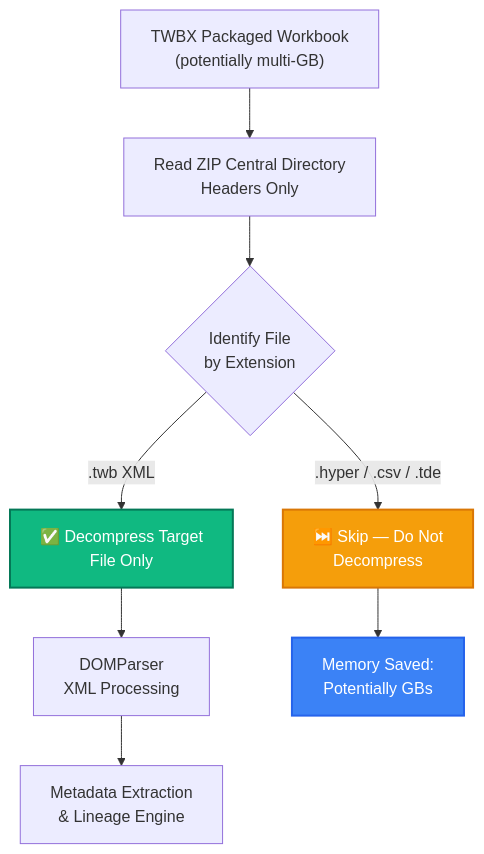
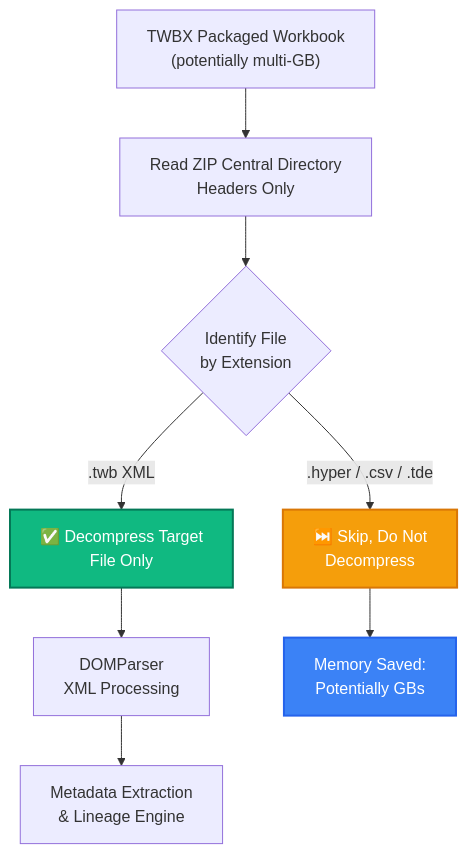
The fourth of 5 diagrams in content/insights/workbook-sentinel.md (vyankur/vyankur.github.io), drawn with Mermaid before and after one commit. The commit also changed other lines of this file and 3 other files, not shown here.

````diff
--- a/content/insights/workbook-sentinel.md
+++ b/content/insights/workbook-sentinel.md
@@ -210,13 +210,13 @@
 ```mermaid
 graph TD
     A["TWBX Packaged Workbook<br/>(potentially multi-GB)"] --> B["Read ZIP Central Directory<br/>Headers Only"]
     B --> C{"Identify File<br/>by Extension"}
-    C -- ".hyper / .csv / .tde" --> D["⏭️ Skip — Do Not<br/>Decompress"]
+    C -- ".hyper / .csv / .tde" --> D["⏭️ Skip, Do Not<br/>Decompress"]
     C -- ".twb XML" --> E["✅ Decompress Target<br/>File Only"]
     E --> F["DOMParser<br/>XML Processing"]
     F --> G["Metadata Extraction<br/>& Lineage Engine"]
     D --> H["Memory Saved:<br/>Potentially GBs"]
     style D fill:#F59E0B,stroke:#D97706,stroke-width:2px,color:#fff
     style E fill:#10B981,stroke:#047857,stroke-width:2px,color:#fff
     style H fill:#3B82F6,stroke:#2563EB,stroke-width:2px,color:#fff
 ```
````
